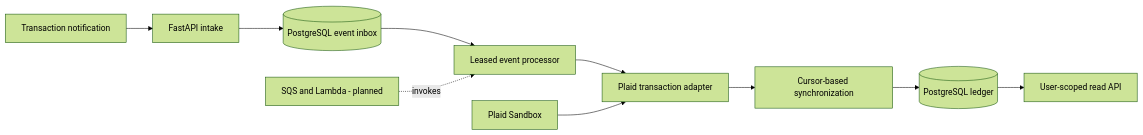
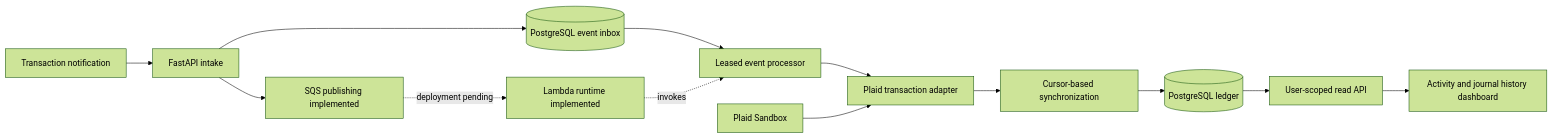
One commit to Xander-Murray/ledge changed the diagram in README.md. Above: the diagram before and after it, drawn with Mermaid (forest theme). The commit also changed other lines of this file and 8 other files, not shown here.

Commit message:
docs: align project guides with dashboard and Lambda checkpoint

````diff
--- a/README.md
+++ b/README.md
@@ -28,13 +29,16 @@
 ```mermaid
 flowchart LR
     webhook[Transaction notification] --> api[FastAPI intake]
     api --> inbox[(PostgreSQL event inbox)]
     inbox --> worker[Leased event processor]
     worker --> provider[Plaid transaction adapter]
     provider --> sync[Cursor-based synchronization]
     sync --> ledger[(PostgreSQL ledger)]
     ledger --> reads[User-scoped read API]
 
     plaid[Plaid Sandbox] --> provider
-    sqs[SQS and Lambda - planned] -. invokes .-> worker
+    api --> sqs[SQS publishing implemented]
+    sqs -. deployment pending .-> lambda[Lambda runtime implemented]
+    lambda -. invokes .-> worker
+    reads --> dashboard[Activity and journal history dashboard]
 ```
````
